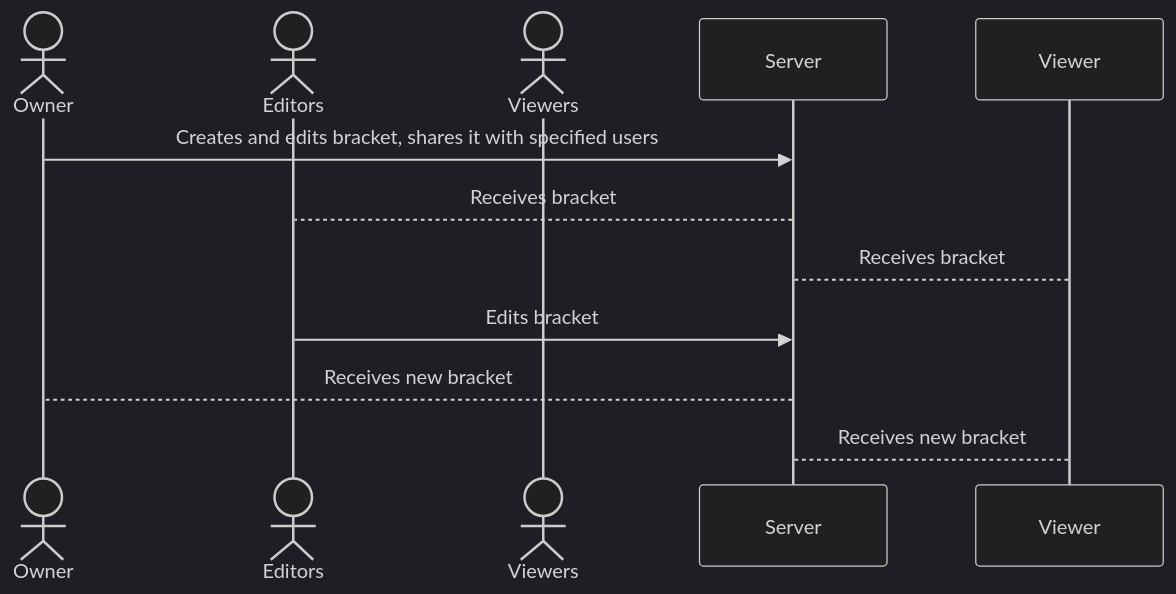
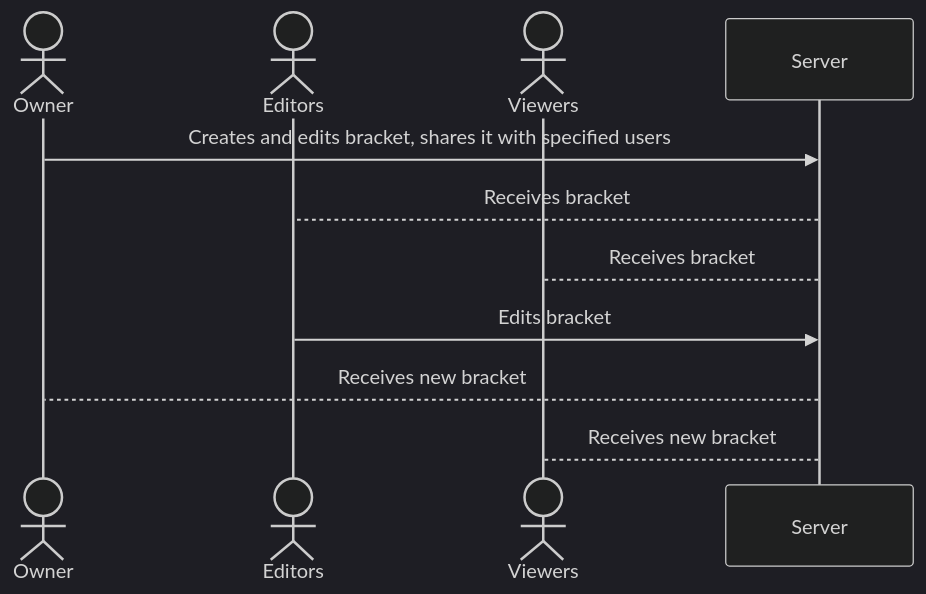
One commit to jxnpass/startup changed the diagram in README.md. Above: the diagram before and after it, drawn with Mermaid (dark theme).

Commit message:
fix design section

````diff
--- a/README.md
+++ b/README.md
@@ -29,12 +29,12 @@
 ```mermaid
 sequenceDiagram
     actor Owner
     actor Editors
     actor Viewers
     Owner->>Server: Creates and edits bracket, shares it with specified users
     Server-->Editors: Receives bracket
-    Server-->Viewer: Receives bracket
+    Server-->Viewers: Receives bracket
     Editors->>Server: Edits bracket
     Server-->Owner: Receives new bracket
-    Server-->Viewer: Receives new bracket
+    Server-->Viewers: Receives new bracket
 ```
````
